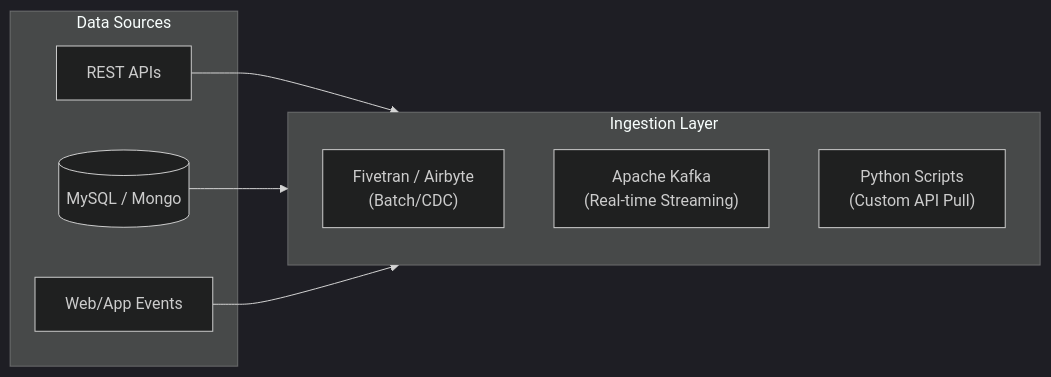
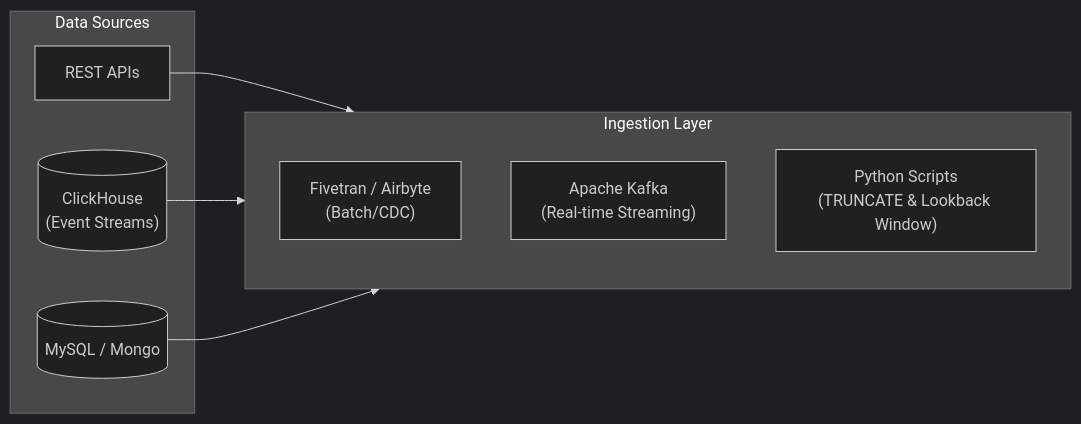
The first of 3 diagrams in SYSTEM_DESIGN_GUIDE.md (PhucTruong11/laplaptech_pipeline), drawn with Mermaid (dark theme) before and after one commit. The commit also changed other lines of this file and 11 other files, not shown here.

````diff
--- a/SYSTEM_DESIGN_GUIDE.md
+++ b/SYSTEM_DESIGN_GUIDE.md
@@ -33,19 +37,19 @@
 ```mermaid
 flowchart LR
     subgraph Data Sources
         API[REST APIs]
         APPDB[(MySQL / Mongo)]
-        EVENTS[Web/App Events]
+        CH[("ClickHouse<br>(Event Streams)")]
     end
 
     subgraph Ingestion Layer
         direction TB
         FIVETRAN["Fivetran / Airbyte<br>(Batch/CDC)"]
         KAFKA["Apache Kafka<br>(Real-time Streaming)"]
-        PYTHON["Python Scripts<br>(Custom API Pull)"]
+        PYTHON["Python Scripts<br>(TRUNCATE & Lookback Window)"]
     end
 
     API --> PYTHON
+    CH --> PYTHON
     APPDB --> FIVETRAN
-    EVENTS --> KAFKA
 ```
````
